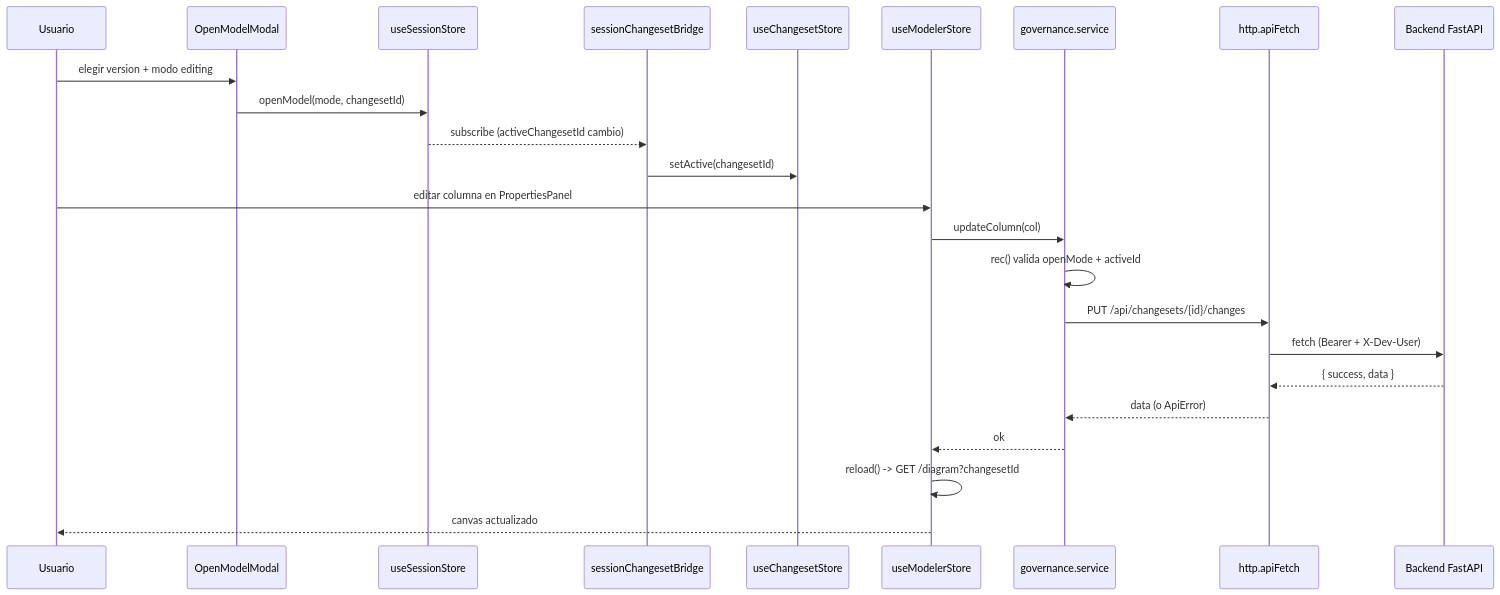
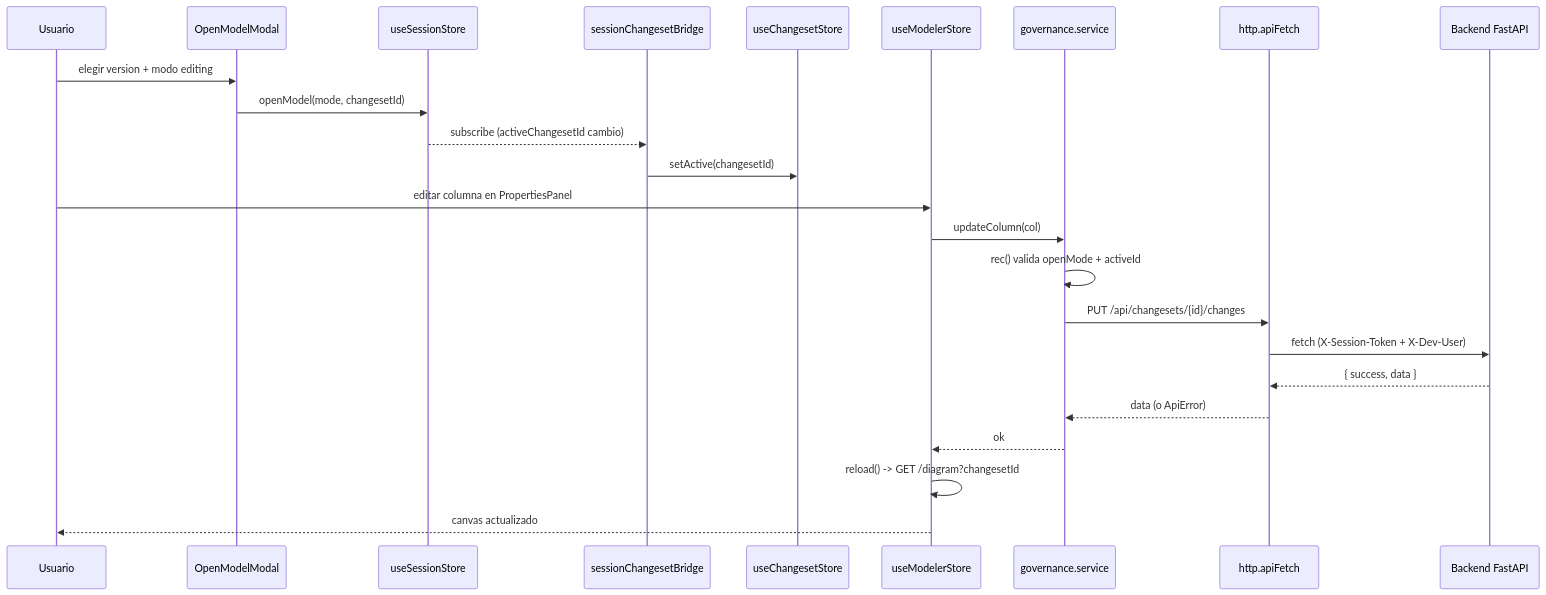
The fifth of 5 diagrams in doc/architecture.md (Carlosmps97/web-data-model-hub), drawn with Mermaid before and after one commit. The commit also changed other lines of this file and 8 other files, not shown here.

````diff
--- a/doc/architecture.md
+++ b/doc/architecture.md
@@ -558,27 +609,27 @@
 ```mermaid
 sequenceDiagram
   participant U as Usuario
   participant OM as OpenModelModal
   participant Sess as useSessionStore
   participant Br as sessionChangesetBridge
   participant Cs as useChangesetStore
   participant Mod as useModelerStore
   participant Gov as governance.service
   participant Http as http.apiFetch
   participant API as Backend FastAPI
 
   U->>OM: elegir version + modo editing
   OM->>Sess: openModel(mode, changesetId)
   Sess-->>Br: subscribe (activeChangesetId cambio)
   Br->>Cs: setActive(changesetId)
   U->>Mod: editar columna en PropertiesPanel
   Mod->>Gov: updateColumn(col)
   Gov->>Gov: rec() valida openMode + activeId
   Gov->>Http: PUT /api/changesets/{id}/changes
-  Http->>API: fetch (Bearer + X-Dev-User)
+  Http->>API: fetch (X-Session-Token + X-Dev-User)
   API-->>Http: { success, data }
   Http-->>Gov: data (o ApiError)
   Gov-->>Mod: ok
   Mod->>Mod: reload() -> GET /diagram?changesetId
   Mod-->>U: canvas actualizado
 ```
````
